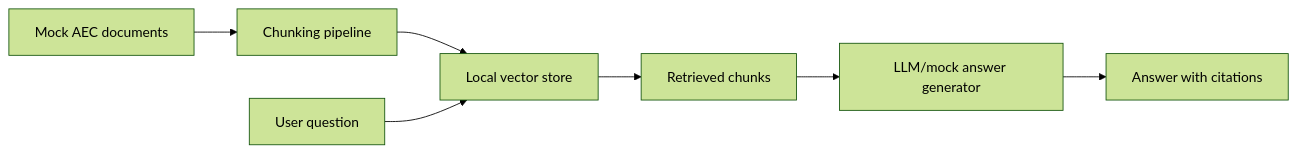
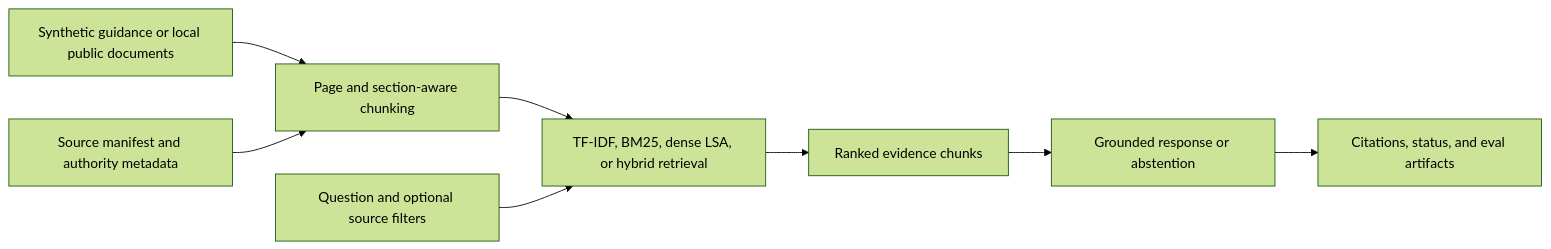
One commit to josiahsutd-stack/ai-portfolio changed the first of 8 diagrams in docs/architecture-diagrams.md. Above: the diagram before and after it, drawn with Mermaid (forest theme). The commit also changed 45 other files, not shown here.

````diff
--- a/docs/architecture-diagrams.md
+++ b/docs/architecture-diagrams.md
@@ -5,9 +5,10 @@
 ```mermaid
 flowchart LR
-  A["Mock AEC documents"] --> B["Chunking pipeline"]
-  B --> C["Local vector store"]
-  Q["User question"] --> C
-  C --> D["Retrieved chunks"]
-  D --> E["LLM/mock answer generator"]
-  E --> F["Answer with citations"]
+  A["Synthetic guidance or local public documents"] --> B["Page and section-aware chunking"]
+  M["Source manifest and authority metadata"] --> B
+  B --> C["TF-IDF, BM25, dense LSA, or hybrid retrieval"]
+  Q["Question and optional source filters"] --> C
+  C --> D["Ranked evidence chunks"]
+  D --> E["Grounded response or abstention"]
+  E --> F["Citations, status, and eval artifacts"]
 ```
````
